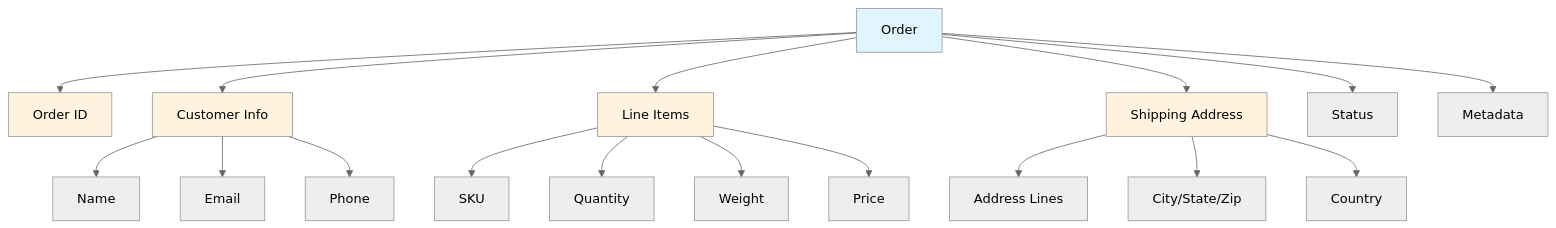
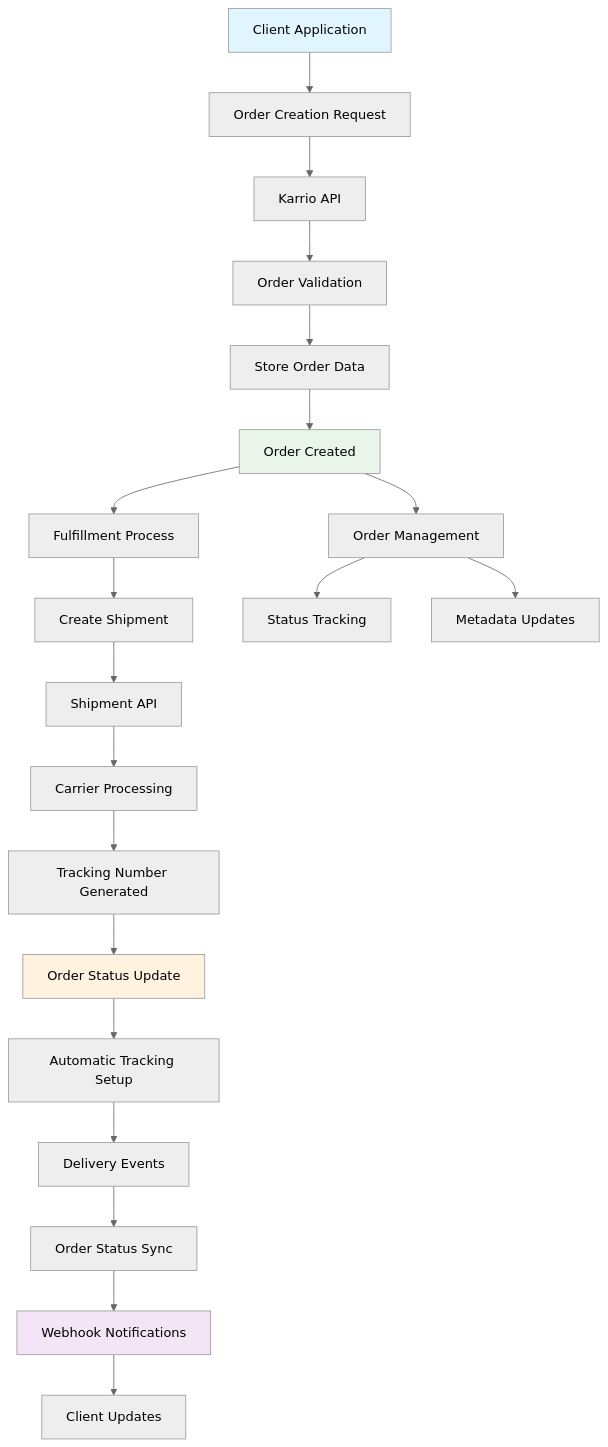
Before and after one commit to karrioapi/karrio: the first of 2 diagrams in apps/web/src/app/docs/products/orders/page.mdx, drawn with Mermaid (neutral theme). The commit also changed other lines of this file and 27 other files, not shown here.

````diff
--- a/apps/web/src/app/docs/products/orders/page.mdx
+++ b/apps/web/src/app/docs/products/orders/page.mdx
@@ -27,28 +65,33 @@
 ```mermaid
 flowchart TD
-    A[Order] --> B[Order ID]
-    A --> C[Customer Info]
-    A --> D[Line Items]
-    A --> E[Shipping Address]
-    A --> F[Status]
-    A --> G[Metadata]
+    A[Client Application] --> B[Order Creation Request]
+    B --> C[Karrio API]
+    C --> D[Order Validation]
+    D --> E[Store Order Data]
 
-    C --> H[Name]
-    C --> I[Email]
-    C --> J[Phone]
+    E --> F[Order Created]
+    F --> G[Fulfillment Process]
 
-    D --> K[SKU]
-    D --> L[Quantity]
-    D --> M[Weight]
-    D --> N[Price]
+    G --> H[Create Shipment]
+    H --> I[Shipment API]
+    I --> J[Carrier Processing]
 
-    E --> O[Address Lines]
-    E --> P[City/State/Zip]
-    E --> Q[Country]
+    J --> K[Tracking Number Generated]
+    K --> L[Order Status Update]
+    L --> M[Automatic Tracking Setup]
+
+    M --> N[Delivery Events]
+    N --> O[Order Status Sync]
+    O --> P[Webhook Notifications]
+
+    P --> Q[Client Updates]
+
+    F --> R[Order Management]
+    R --> S[Status Tracking]
+    R --> T[Metadata Updates]
 
     style A fill:#e1f5fe
-    style B fill:#fff3e0
-    style C fill:#fff3e0
-    style D fill:#fff3e0
-    style E fill:#fff3e0
+    style F fill:#e8f5e8
+    style L fill:#fff3e0
+    style P fill:#f3e5f5
 ```
````
